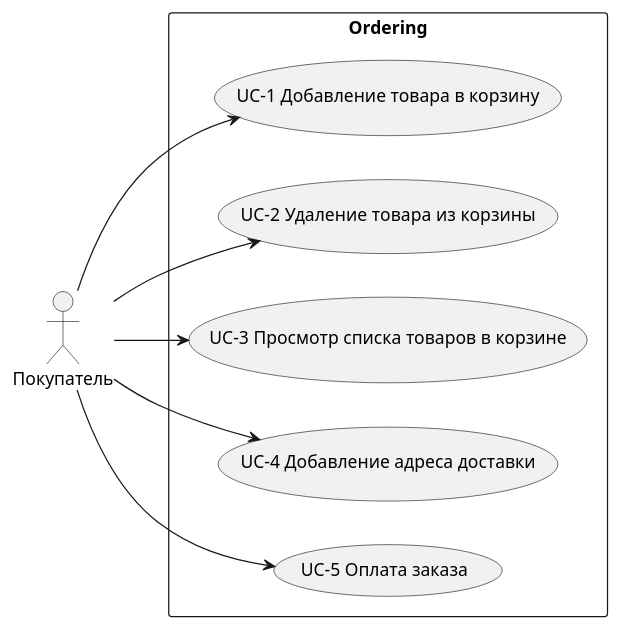
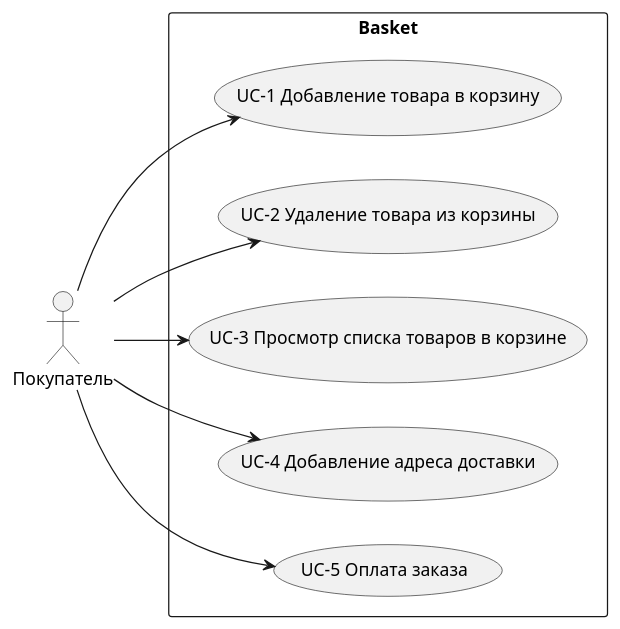
One commit to gerzhan/knigaexpert-system-design changed the fifth of 5 diagrams in services/ordering/README.md. Above: the diagram before and after it, drawn with PlantUML. The commit also changed other lines of this file and 18 other files, not shown here.

````diff
--- a/services/ordering/README.md
+++ b/services/ordering/README.md
@@ -175,26 +175,26 @@
 ```plantuml
 left to right direction
 skinparam packageStyle rectangle
 
 actor Покупатель as client
 
-rectangle Ordering {
+rectangle Basket {
   usecase (UC-1 Добавление товара в корзину) as UC1
   usecase (UC-2 Удаление товара из корзины) as UC2
   usecase (UC-3 Просмотр списка товаров в корзине) as UC3
   usecase (UC-4 Добавление адреса доставки) as UC4
   usecase (UC-5 Оплата заказа) as UC5
 
   url of UC1 is [[use-cases/uc-1.md]]
   url of UC2 is [[use-cases/uc-2.md]]
   url of UC3 is [[use-cases/uc-3.md]]
   url of UC4 is [[use-cases/uc-4.md]]
   url of UC5 is [[use-cases/uc-5.md]]
 }
 
 client --> UC1
 client --> UC2
 client --> UC3
 client --> UC4
 client --> UC5
 ```
````
